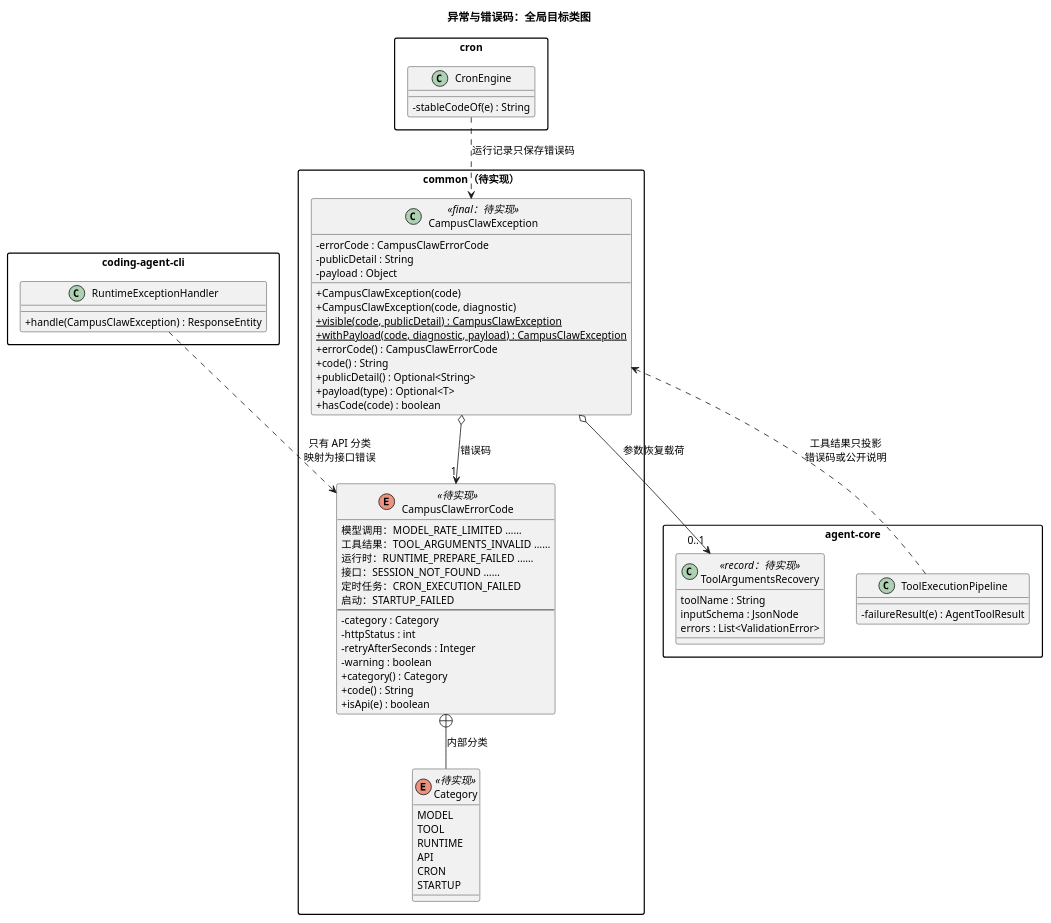
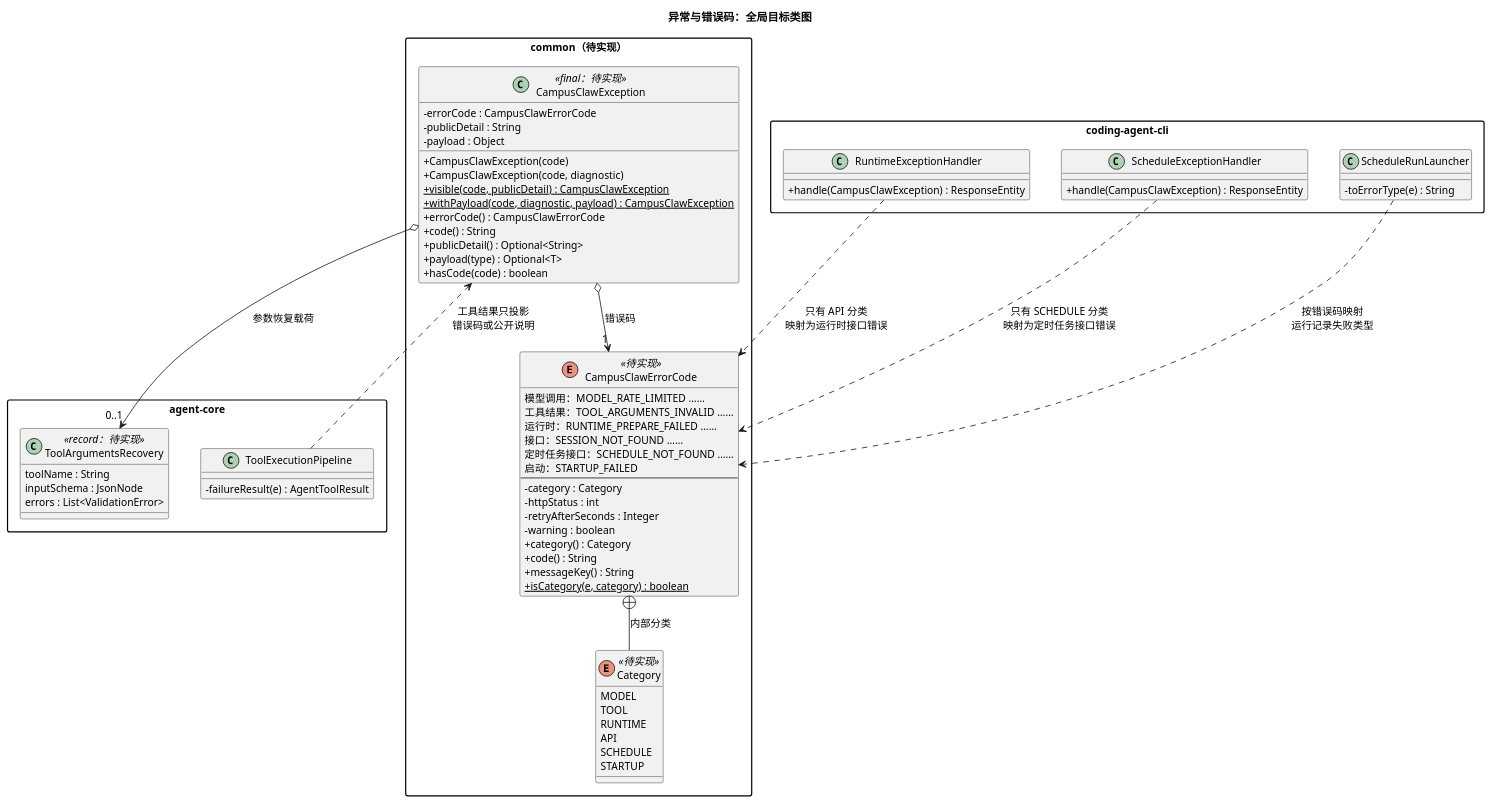
The second of 2 diagrams in 01-总体架构/09-CampusClaw异常与错误码/diagram.puml (ssm0808/pi-mono-java-design), drawn with PlantUML before and after one commit. The commit also changed other lines of this file and 5 other files, not shown here.

First line of the commit message:
Rebase exception design on Java main 1446c585

```diff
--- a/01-总体架构/09-CampusClaw异常与错误码/diagram.puml
+++ b/01-总体架构/09-CampusClaw异常与错误码/diagram.puml
@@ -30,85 +31,88 @@
 @startuml exception_architecture
-' Java 基线：455445a4db136a58381f866e073a82d1f16ff1f1；2026-10-15 拉取 main。
+' Java 基线：1446c58564539eb320fa3c6b495be34e5f985394；2026-10-17 拉取 main。
 ' 源码：modules/agent-core/src/main/java/com/campusclaw/agent/error/StableErrorCode.java（待删除）。
 ' 源码：modules/coding-agent-cli/src/main/java/com/campusclaw/codingagent/runtimeapi/error/RuntimeApiException.java（待删除）。
-' 目标：待实现；一个只带错误码的异常类（无 cause、无堆栈、无子类）、一个错误码枚举和三个投影入口。
-' 依赖方向：common <- ai <- agent-core <- cron <- coding-agent-cli，异常类和错误码枚举都放在 common。
+' 源码：modules/coding-agent-cli/src/main/java/com/campusclaw/codingagent/schedule/error/ScheduleApiException.java（待删除）。
+' 目标：待实现；一个只带错误码的异常类（无 cause、无堆栈、无子类）、一个错误码枚举和四个投影入口。
+' 依赖方向：common <- ai <- agent-core <- coding-agent-cli，异常类和错误码枚举都放在 common。
 title 异常与错误码：全局目标类图
 skinparam backgroundColor white
 skinparam defaultFontSize 13
 skinparam classAttributeIconSize 0
 skinparam packageStyle rectangle
 skinparam nodesep 40
 skinparam ranksep 50
 
 package "common（待实现）" as CommonPkg {
   class CampusClawException <<final：待实现>> {
     - errorCode : CampusClawErrorCode
     - publicDetail : String
     - payload : Object
     + CampusClawException(code)
     + CampusClawException(code, diagnostic)
     + {static} visible(code, publicDetail) : CampusClawException
     + {static} withPayload(code, diagnostic, payload) : CampusClawException
     + errorCode() : CampusClawErrorCode
     + code() : String
     + publicDetail() : Optional<String>
     + payload(type) : Optional<T>
     + hasCode(code) : boolean
   }
   enum CampusClawErrorCode <<待实现>> {
     模型调用：MODEL_RATE_LIMITED ……
     工具结果：TOOL_ARGUMENTS_INVALID ……
     运行时：RUNTIME_PREPARE_FAILED ……
     接口：SESSION_NOT_FOUND ……
-    定时任务：CRON_EXECUTION_FAILED
+    定时任务接口：SCHEDULE_NOT_FOUND ……
     启动：STARTUP_FAILED
     --
     - category : Category
     - httpStatus : int
     - retryAfterSeconds : Integer
     - warning : boolean
     + category() : Category
     + code() : String
-    + isApi(e) : boolean
+    + messageKey() : String
+    + {static} isCategory(e, category) : boolean
   }
   enum Category <<待实现>> {
     MODEL
     TOOL
     RUNTIME
     API
-    CRON
+    SCHEDULE
     STARTUP
   }
 }
 
 package "agent-core" as CorePkg {
   class ToolArgumentsRecovery <<record：待实现>> {
     toolName : String
     inputSchema : JsonNode
     errors : List<ValidationError>
   }
   class ToolExecutionPipeline {
     - failureResult(e) : AgentToolResult
   }
 }
 
-package "cron" as CronPkg {
-  class CronEngine {
-    - stableCodeOf(e) : String
-  }
-}
-
 package "coding-agent-cli" as CliPkg {
   class RuntimeExceptionHandler {
     + handle(CampusClawException) : ResponseEntity
+  }
+  class ScheduleExceptionHandler {
+    + handle(CampusClawException) : ResponseEntity
+  }
+  class ScheduleRunLauncher {
+    - toErrorType(e) : String
   }
 }
 
 CampusClawException o--> "1" CampusClawErrorCode : 错误码
 CampusClawErrorCode +-- Category : 内部分类
 CampusClawException o--> "0..1" ToolArgumentsRecovery : 参数恢复载荷
 ToolExecutionPipeline ..> CampusClawException : 工具结果只投影\n错误码或公开说明
-CronEngine ..> CampusClawException : 运行记录只保存错误码
-RuntimeExceptionHandler ..> CampusClawErrorCode : 只有 API 分类\n映射为接口错误
+RuntimeExceptionHandler ..> CampusClawErrorCode : 只有 API 分类\n映射为运行时接口错误
+ScheduleExceptionHandler ..> CampusClawErrorCode : 只有 SCHEDULE 分类\n映射为定时任务接口错误
+ScheduleRunLauncher ..> CampusClawErrorCode : 按错误码映射\n运行记录失败类型
 @enduml
```
